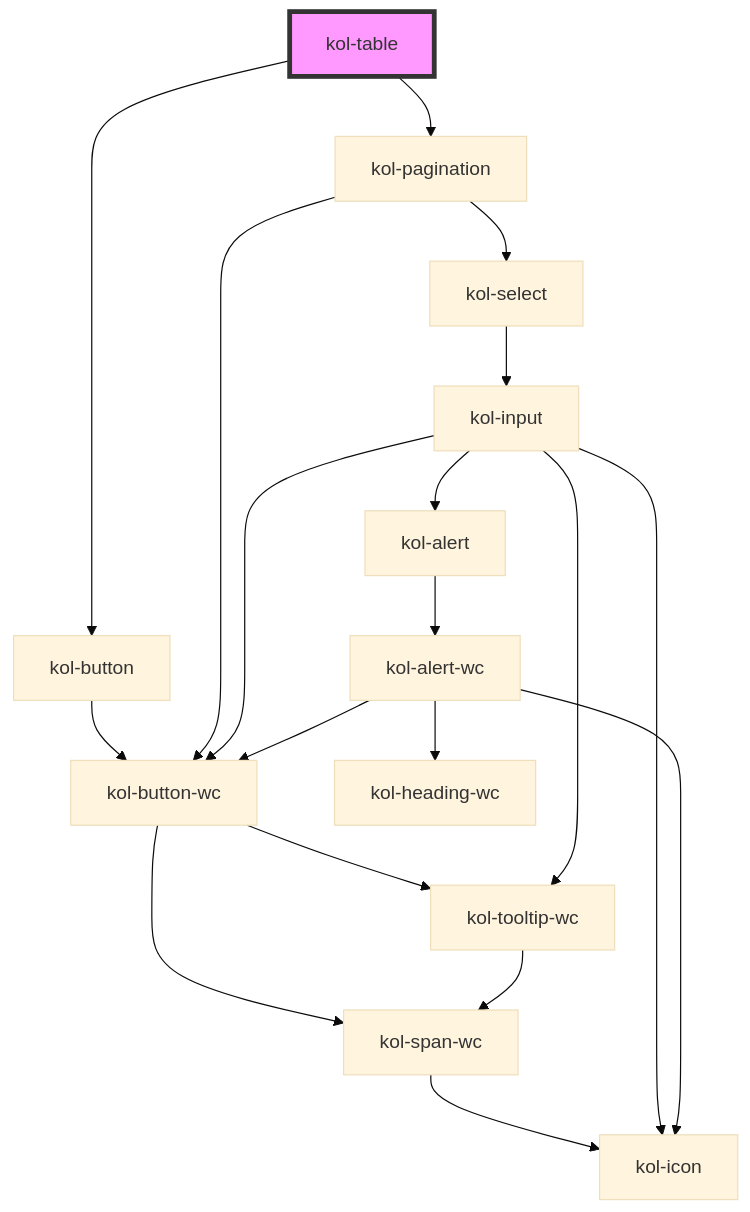
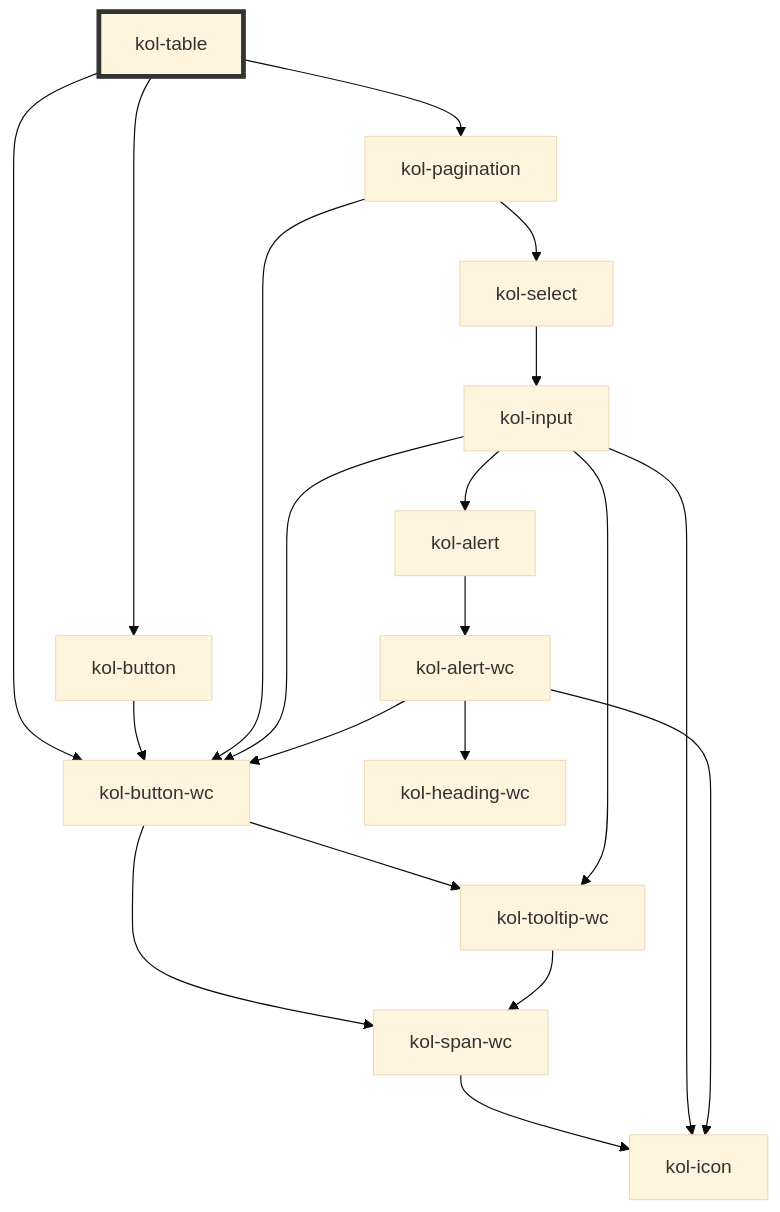
The diagram in dev/versioned_readmes/2.0/table/readme.md (public-ui/public-ui.github.io), drawn with Mermaid (base theme) before and after one commit. The commit also changed other lines of this file and 184 other files, not shown here.

````diff
--- a/dev/versioned_readmes/2.0/table/readme.md
+++ b/dev/versioned_readmes/2.0/table/readme.md
@@ -142,22 +198,23 @@
 ```mermaid
 graph TD;
   kol-table --> kol-button
   kol-table --> kol-pagination
+  kol-table --> kol-button-wc
   kol-button --> kol-button-wc
   kol-button-wc --> kol-span-wc
   kol-button-wc --> kol-tooltip-wc
   kol-span-wc --> kol-icon
   kol-tooltip-wc --> kol-span-wc
   kol-pagination --> kol-button-wc
   kol-pagination --> kol-select
   kol-select --> kol-input
   kol-input --> kol-icon
   kol-input --> kol-button-wc
   kol-input --> kol-tooltip-wc
   kol-input --> kol-alert
   kol-alert --> kol-alert-wc
   kol-alert-wc --> kol-heading-wc
   kol-alert-wc --> kol-button-wc
   kol-alert-wc --> kol-icon
-  style kol-table fill:#f9f,stroke:#333,stroke-width:4px
+  style kol-table stroke:#333,stroke-width:4px
 ```
````
